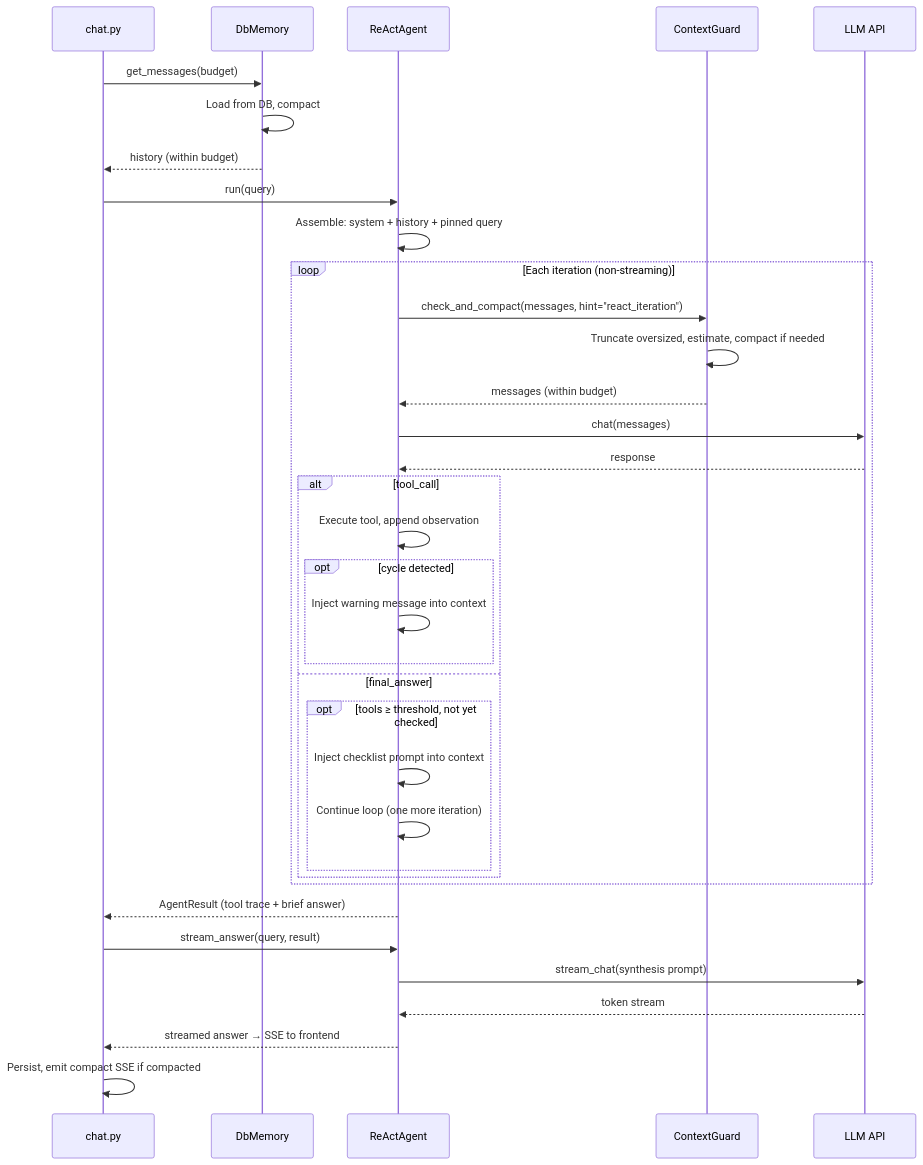
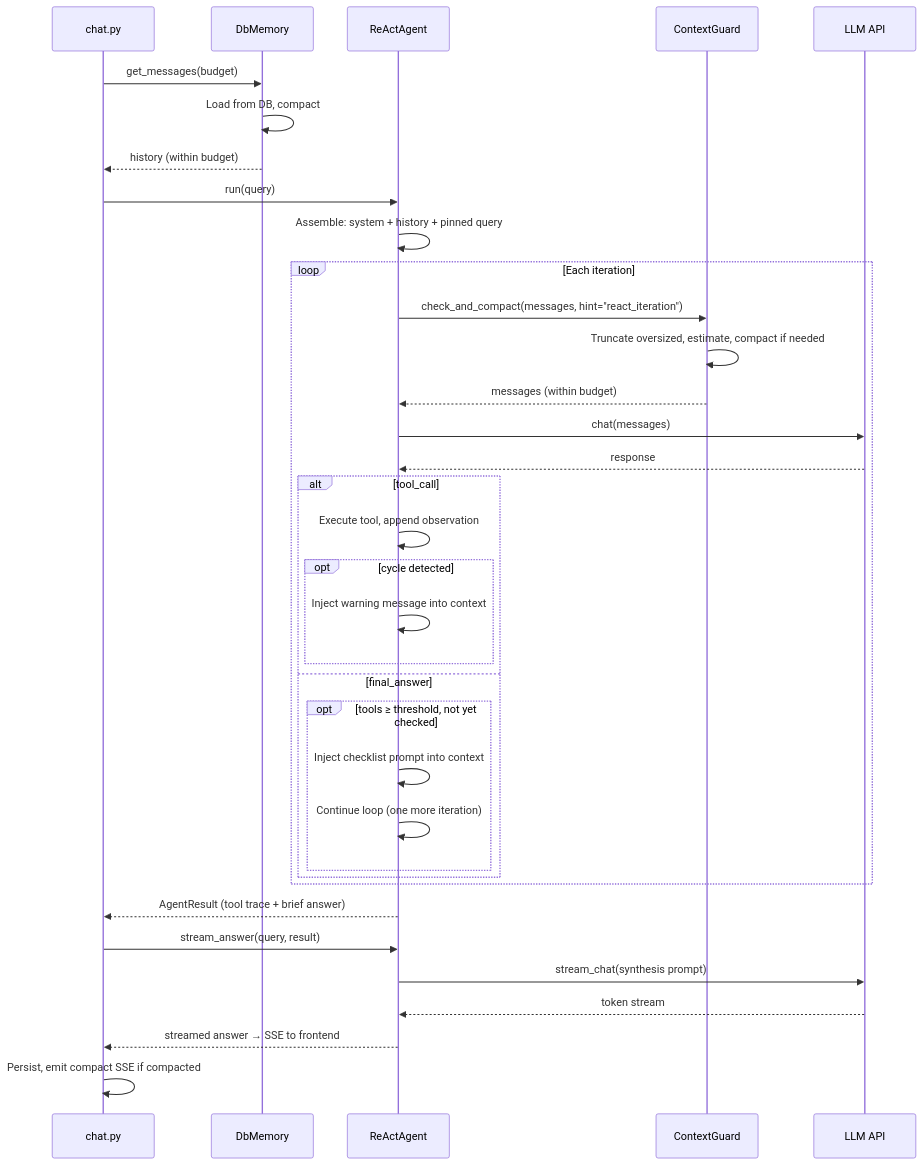
The second of 3 diagrams in docs/architecture/context-management.mdx (fim-ai/fim-one), drawn with Mermaid before and after one commit. The commit also changed other lines of this file and 9 other files, not shown here.

First line of the commit message:
docs(architecture): align engine, hook and discovery pages with the code

````diff
--- a/docs/architecture/context-management.mdx
+++ b/docs/architecture/context-management.mdx
@@ -139,41 +139,41 @@
 ```mermaid
 sequenceDiagram
     participant Chat as chat.py
     participant Db as DbMemory
     participant Agent as ReActAgent
     participant CG as ContextGuard
     participant LLM as LLM API
 
     Chat->>Db: get_messages(budget)
     Db->>Db: Load from DB, compact
     Db-->>Chat: history (within budget)
 
     Chat->>Agent: run(query)
     Agent->>Agent: Assemble: system + history + pinned query
 
-    loop Each iteration (non-streaming)
+    loop Each iteration
         Agent->>CG: check_and_compact(messages, hint="react_iteration")
         CG->>CG: Truncate oversized, estimate, compact if needed
         CG-->>Agent: messages (within budget)
         Agent->>LLM: chat(messages)
         LLM-->>Agent: response
         alt tool_call
             Agent->>Agent: Execute tool, append observation
             opt cycle detected
                 Agent->>Agent: Inject warning message into context
             end
         else final_answer
             opt tools ≥ threshold, not yet checked
                 Agent->>Agent: Inject checklist prompt into context
                 Agent->>Agent: Continue loop (one more iteration)
             end
         end
     end
 
     Agent-->>Chat: AgentResult (tool trace + brief answer)
     Chat->>Agent: stream_answer(query, result)
     Agent->>LLM: stream_chat(synthesis prompt)
     LLM-->>Agent: token stream
     Agent-->>Chat: streamed answer → SSE to frontend
     Chat->>Chat: Persist, emit compact SSE if compacted
 ```
````
